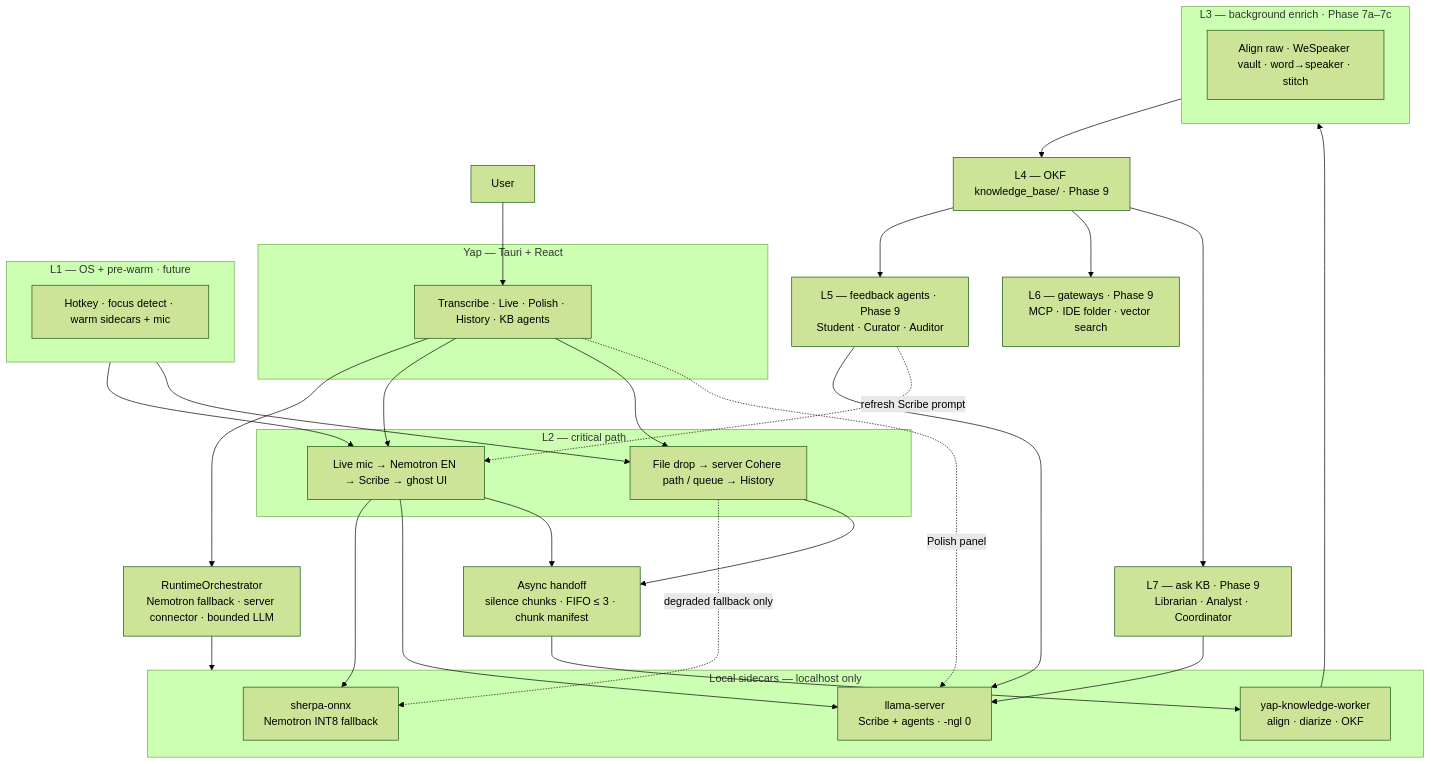
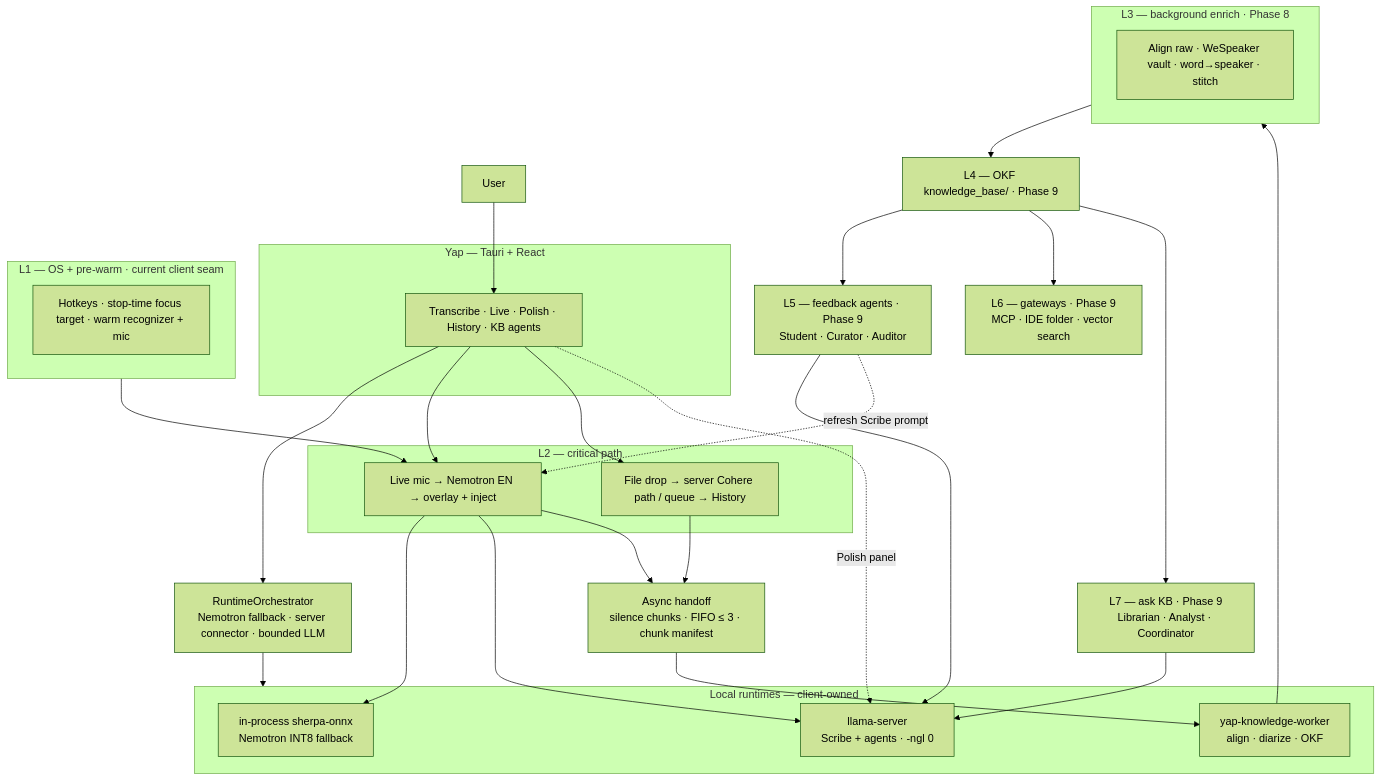
One commit to mcnatg1/yap changed the first of 4 diagrams in docs/VOICE-OS-ARCHITECTURE.md. Above: the diagram before and after it, drawn with Mermaid (forest theme). The commit also changed other lines of this file and 26 other files, not shown here.

````diff
--- a/docs/VOICE-OS-ARCHITECTURE.md
+++ b/docs/VOICE-OS-ARCHITECTURE.md
@@ -109,53 +109,51 @@
 ```mermaid
 flowchart TB
     User["User"]
 
     subgraph Yap["Yap — Tauri + React"]
         UI["Transcribe · Live · Polish · History · KB agents"]
     end
 
     Orch["RuntimeOrchestrator<br/>Nemotron fallback · server connector · bounded LLM"]
 
-    subgraph Sidecars["Local sidecars — localhost only"]
-        CR["sherpa-onnx<br/>Nemotron INT8 fallback"]
+    subgraph Sidecars["Local runtimes — client-owned"]
+        CR["in-process sherpa-onnx<br/>Nemotron INT8 fallback"]
         LL["llama-server<br/>Scribe + agents · -ngl 0"]
         KW["yap-knowledge-worker<br/>align · diarize · OKF"]
     end
 
-    subgraph L1["L1 — OS + pre-warm · future"]
-        L1n["Hotkey · focus detect · warm sidecars + mic"]
+    subgraph L1["L1 — OS + pre-warm · current client seam"]
+        L1n["Hotkeys · stop-time focus target · warm recognizer + mic"]
     end
 
     subgraph L2["L2 — critical path"]
-        Live["Live mic → Nemotron EN → Scribe → ghost UI"]
+        Live["Live mic → Nemotron EN → overlay + inject"]
         Batch["File drop → server Cohere path / queue → History"]
     end
 
     Handoff["Async handoff<br/>silence chunks · FIFO ≤ 3 · chunk manifest"]
 
-    subgraph L3["L3 — background enrich · Phase 7a–7c"]
+    subgraph L3["L3 — background enrich · Phase 8"]
         L3n["Align raw · WeSpeaker vault · word→speaker · stitch"]
     end
 
     L4["L4 — OKF knowledge_base/ · Phase 9"]
     L5["L5 — feedback agents · Phase 9<br/>Student · Curator · Auditor"]
     L6["L6 — gateways · Phase 9<br/>MCP · IDE folder · vector search"]
     L7["L7 — ask KB · Phase 9<br/>Librarian · Analyst · Coordinator"]
 
     User --> UI --> Orch
     Orch --> Sidecars
     L1 --> Live
-    L1 --> Batch
     UI --> Live
     UI --> Batch
     Live --> CR & LL
-    Batch -.->|degraded fallback only| CR
     UI -.->|Polish panel| LL
     Live --> Handoff
     Batch --> Handoff
     Handoff --> KW --> L3 --> L4
     L4 --> L5 & L6 & L7
     L5 --> LL
     L7 --> LL
     L5 -.->|refresh Scribe prompt| Live
 ```
````
